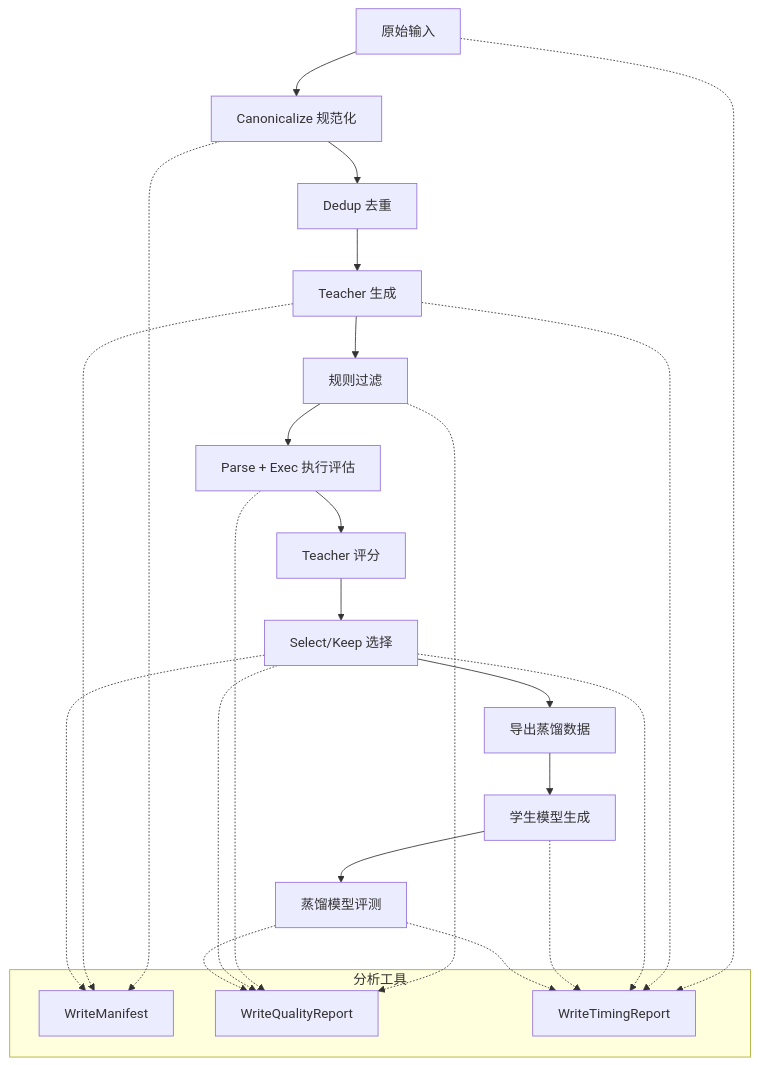
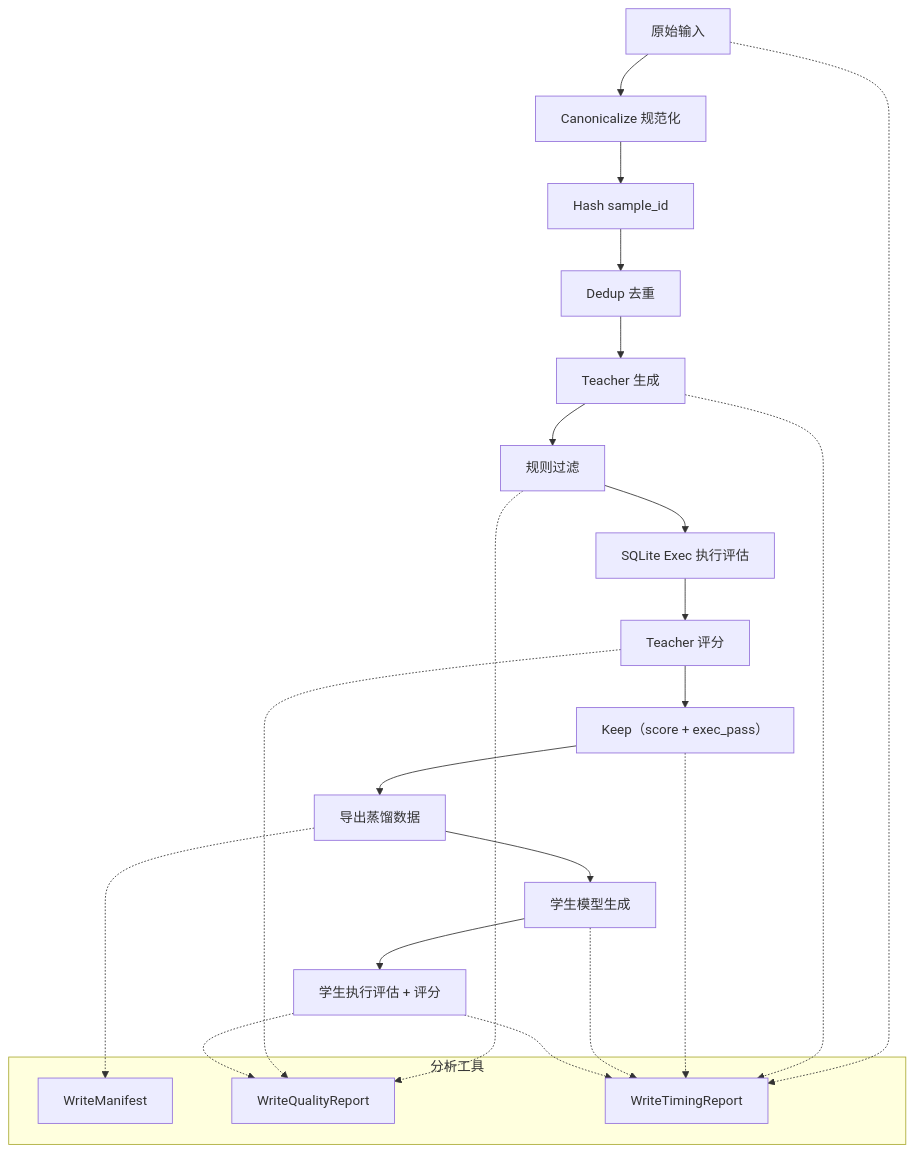
One commit to ai-clarify/fast-distill changed the diagram in docs/sections/fastdistill/architecture_zh.md. Above: the diagram before and after it, drawn with Mermaid. The commit also changed other lines of this file and 1 other file, not shown here.

Commit message:
Align architecture docs with current pipeline

````diff
--- a/docs/sections/fastdistill/architecture_zh.md
+++ b/docs/sections/fastdistill/architecture_zh.md
@@ -9,32 +9,30 @@
 ```mermaid
 flowchart TD
   A[原始输入] --> B[Canonicalize 规范化]
-  B --> C[Dedup 去重]
-  C --> D[Teacher 生成]
-  D --> E[规则过滤]
-  E --> F[Parse + Exec 执行评估]
-  F --> G[Teacher 评分]
-  G --> H[Select/Keep 选择]
-  H --> I[导出蒸馏数据]
-  I --> J[学生模型生成]
-  J --> K[蒸馏模型评测]
+  B --> C[Hash sample_id]
+  C --> D[Dedup 去重]
+  D --> E[Teacher 生成]
+  E --> F[规则过滤]
+  F --> G[SQLite Exec 执行评估]
+  G --> H[Teacher 评分]
+  H --> I[Keep（score + exec_pass）]
+  I --> J[导出蒸馏数据]
+  J --> K[学生模型生成]
+  K --> L[学生执行评估 + 评分]
 
   subgraph AnalysisTools[分析工具]
     M1[WriteManifest]
     M2[WriteQualityReport]
     M3[WriteTimingReport]
   end
 
-  B -.-> M1
-  D -.-> M1
-  H -.-> M1
-  E -.-> M2
+  J -.-> M1
   F -.-> M2
   H -.-> M2
-  K -.-> M2
+  L -.-> M2
   A -.-> M3
-  D -.-> M3
-  H -.-> M3
-  J -.-> M3
+  E -.-> M3
+  I -.-> M3
   K -.-> M3
+  L -.-> M3
 ```
````
